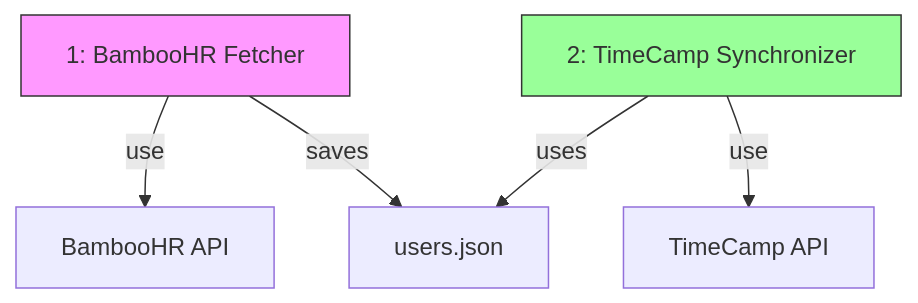
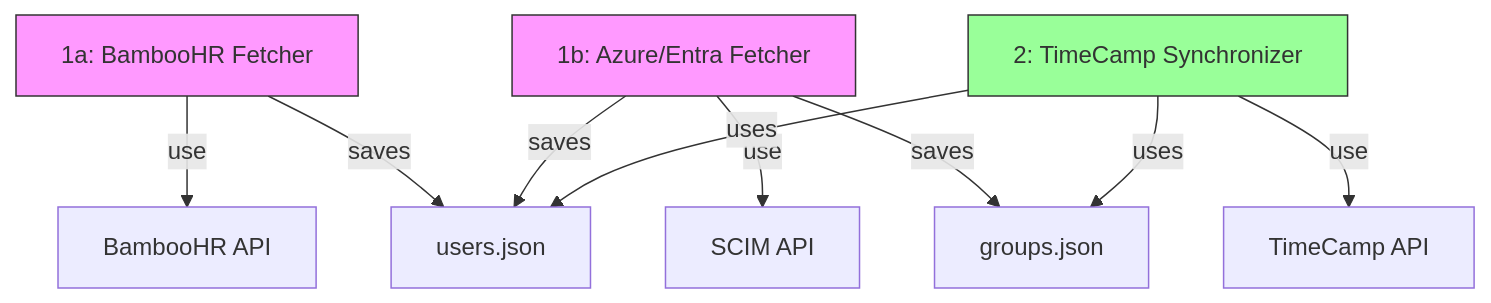
Before and after one commit to timecamp-org/good-enough-timecamp-scim-integrations: the diagram in README.md, drawn with Mermaid. The commit also changed other lines of this file and 3 other files, not shown here.

````diff
--- a/README.md
+++ b/README.md
@@ -20,10 +21,15 @@
 ```mermaid
 graph TD
-    BH[1: BambooHR Fetcher] -->|use| BAPI[BambooHR API]
+    BH[1a: BambooHR Fetcher] -->|use| BAPI[BambooHR API]
     BH -->|saves| JSON[users.json]
+    AD[1b: Azure/Entra Fetcher] -->|use| SCIM[SCIM API]
+    AD -->|saves| JSON
+    AD -->|saves| GJSON[groups.json]
     TC[2: TimeCamp Synchronizer] -->|uses| JSON
+    TC -->|uses| GJSON
     TC -->|use| TAPI[TimeCamp API]
     
     style BH fill:#f9f,stroke:#333
+    style AD fill:#f9f,stroke:#333
     style TC fill:#9f9,stroke:#333
 ```
````
